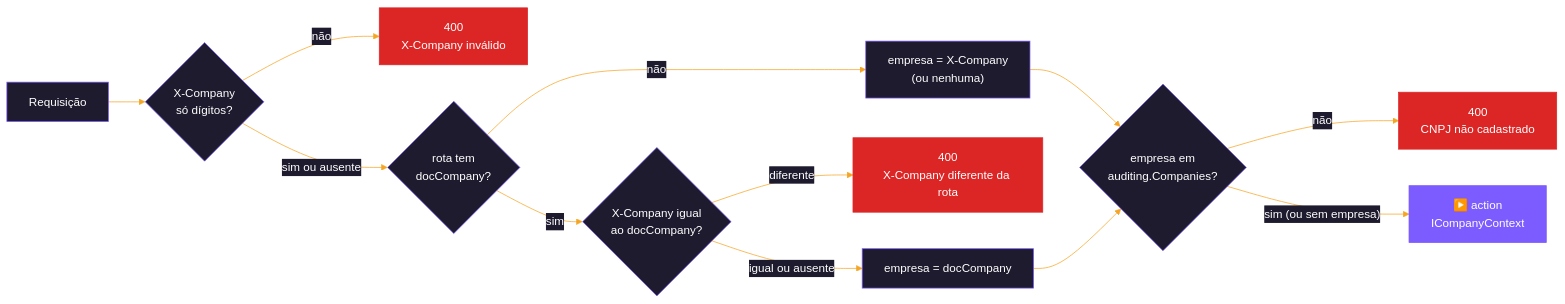
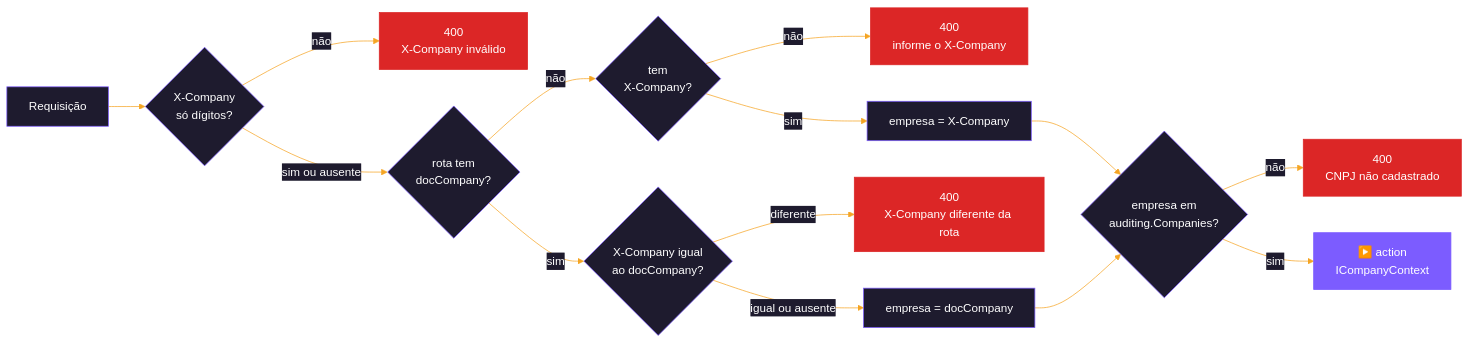
One commit to cayo-kume/extract-transform-load-integrations-system changed the second of 4 diagrams in src/Backend/Hosts/WebApi/README.md. Above: the diagram before and after it, drawn with Mermaid. The commit also changed other lines of this file and 7 other files, not shown here.

First line of the commit message:
WebApi: X-Company no Swagger e 400 sem empresa

````diff
--- a/src/Backend/Hosts/WebApi/README.md
+++ b/src/Backend/Hosts/WebApi/README.md
@@ -269,20 +277,22 @@
 ```mermaid
 %%{init: {'theme':'base','themeVariables':{'primaryColor':'#1e1b2e','primaryTextColor':'#ffffff','primaryBorderColor':'#7c5cff','lineColor':'#f5a524','textColor':'#1e1b2e','clusterBkg':'#f5f3ff','clusterBorder':'#7c5cff','titleColor':'#1e1b2e','edgeLabelBackground':'#1e1b2e'}}}%%
 flowchart LR
     REQ["Requisição"] --> H{"X-Company<br/>só dígitos?"}
     H -- não --> E1["400<br/>X-Company inválido"]
     H -- "sim ou ausente" --> D{"rota tem<br/>docCompany?"}
-    D -- não --> C1["empresa = X-Company<br/>(ou nenhuma)"]
+    D -- não --> NO{"tem<br/>X-Company?"}
+    NO -- não --> E4["400<br/>informe o X-Company"]
+    NO -- sim --> C1["empresa = X-Company"]
     D -- sim --> EQ{"X-Company igual<br/>ao docCompany?"}
     EQ -- diferente --> E3["400<br/>X-Company diferente da rota"]
     EQ -- "igual ou ausente" --> C2["empresa = docCompany"]
     C1 --> HC{"empresa em<br/>auditing.Companies?"}
     C2 --> HC
     HC -- não --> E2["400<br/>CNPJ não cadastrado"]
-    HC -- "sim (ou sem empresa)" --> RUN["▶️ action<br/>ICompanyContext"]
+    HC -- sim --> RUN["▶️ action<br/>ICompanyContext"]
 
     classDef accent fill:#7c5cff,stroke:#7c5cff,color:#ffffff
     classDef err fill:#dc2626,stroke:#dc2626,color:#ffffff
     class RUN accent
-    class E1,E2,E3 err
+    class E1,E2,E3,E4 err
 ```
````
